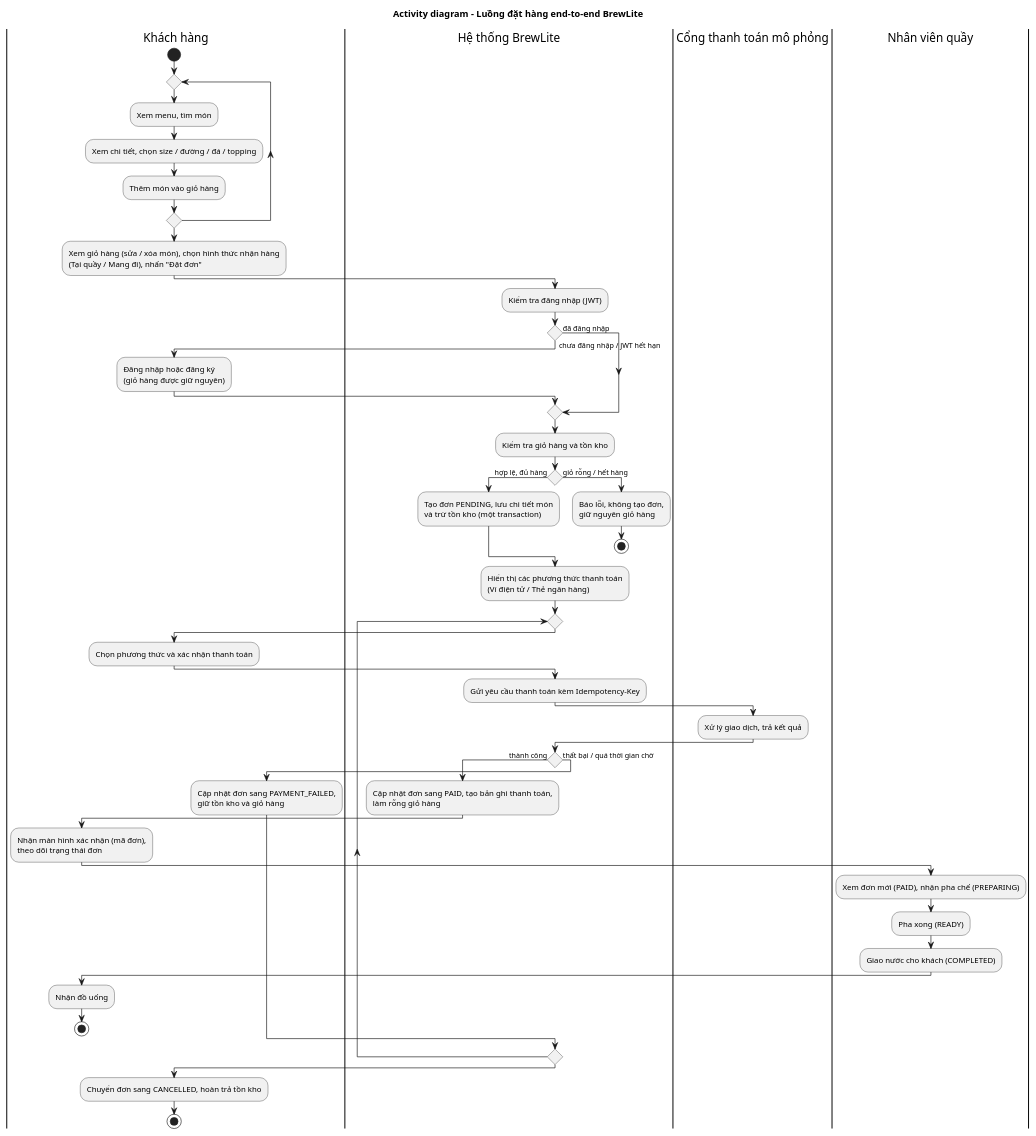
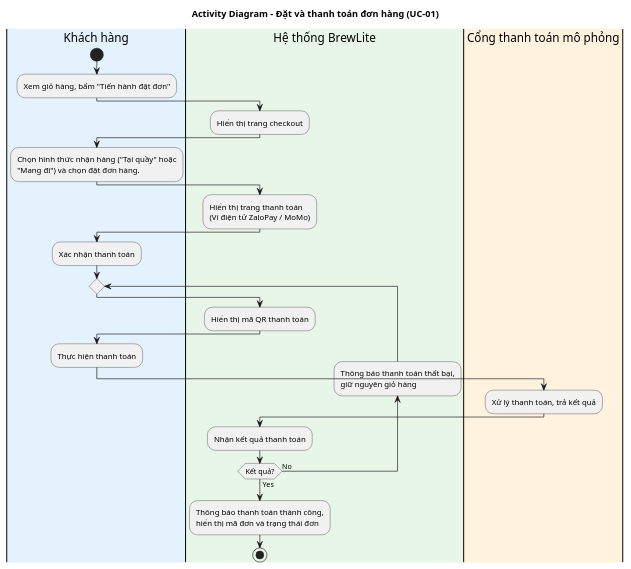
Before and after one commit to Thori2724/BrewLite-CNPM-nh-m-12: the diagram in docs/diagrams/activity-diagram.puml, drawn with PlantUML.

```diff
--- a/docs/diagrams/activity-diagram.puml
+++ b/docs/diagrams/activity-diagram.puml
@@ -1,59 +1,39 @@
-@startuml
-title Activity diagram - Luồng đặt hàng end-to-end BrewLite
-skinparam shadowing false
-skinparam conditionStyle diamond
+@startuml activity-checkout
+title Activity Diagram - Đặt và thanh toán đơn hàng (UC-01)
+
+|#E3F2FD|Khách hàng|
+start
+:Xem giỏ hàng, bấm "Tiến hành đặt đơn";
+
+|#E8F5E9|Hệ thống BrewLite|
+:Hiển thị trang checkout;
 
 |Khách hàng|
-start
-repeat
-  :Xem menu, tìm món;
-  :Xem chi tiết, chọn size / đường / đá / topping;
-  :Thêm món vào giỏ hàng;
-repeat while () is (thêm món khác) not (xong)
-:Xem giỏ hàng (sửa / xóa món), chọn hình thức nhận hàng\n(Tại quầy / Mang đi), nhấn "Đặt đơn";
+:Chọn hình thức nhận hàng ("Tại quầy" hoặc\n"Mang đi") và chọn đặt đơn hàng.;
 
 |Hệ thống BrewLite|
-:Kiểm tra đăng nhập (JWT);
-if () then (chưa đăng nhập / JWT hết hạn)
-  |Khách hàng|
-  :Đăng nhập hoặc đăng ký\n(giỏ hàng được giữ nguyên);
-  |Hệ thống BrewLite|
-else (đã đăng nhập)
-endif
+:Hiển thị trang thanh toán\n(Ví điện tử ZaloPay / MoMo);
 
-:Kiểm tra giỏ hàng và tồn kho;
-if () then (hợp lệ, đủ hàng)
-  :Tạo đơn PENDING, lưu chi tiết món\nvà trừ tồn kho (một transaction);
-else (giỏ rỗng / hết hàng)
-  :Báo lỗi, không tạo đơn,\ngiữ nguyên giỏ hàng;
-  stop
-endif
-
-:Hiển thị các phương thức thanh toán\n(Ví điện tử / Thẻ ngân hàng);
+|Khách hàng|
+:Xác nhận thanh toán;
 
 repeat
+  |Hệ thống BrewLite|
+  :Hiển thị mã QR thanh toán;
+
   |Khách hàng|
-  :Chọn phương thức và xác nhận thanh toán;
+  :Thực hiện thanh toán;
+
+  |#FFF3E0|Cổng thanh toán mô phỏng|
+  :Xử lý thanh toán, trả kết quả;
+
   |Hệ thống BrewLite|
-  :Gửi yêu cầu thanh toán kèm Idempotency-Key;
-  |Cổng thanh toán mô phỏng|
-  :Xử lý giao dịch, trả kết quả;
-  |Hệ thống BrewLite|
-  if () then (thành công)
-    :Cập nhật đơn sang PAID, tạo bản ghi thanh toán,\nlàm rỗng giỏ hàng;
-    |Khách hàng|
-    :Nhận màn hình xác nhận (mã đơn),\ntheo dõi trạng thái đơn;
-    |Nhân viên quầy|
-    :Xem đơn mới (PAID), nhận pha chế (PREPARING);
-    :Pha xong (READY);
-    :Giao nước cho khách (COMPLETED);
-    |Khách hàng|
-    :Nhận đồ uống;
-    stop
-  else (thất bại / quá thời gian chờ)
-    :Cập nhật đơn sang PAYMENT_FAILED,\ngiữ tồn kho và giỏ hàng;
-  endif
-repeat while () is (khách thử lại trong 15 phút) not (quá 15 phút / bỏ đi)
-:Chuyển đơn sang CANCELLED, hoàn trả tồn kho;
+  :Nhận kết quả thanh toán;
+
+backward :Thông báo thanh toán thất bại,\ngiữ nguyên giỏ hàng;
+repeat while (Kết quả?) is (No) not (Yes)
+
+:Thông báo thanh toán thành công,\nhiển thị mã đơn và trạng thái đơn;
 stop
+
 @enduml
```
